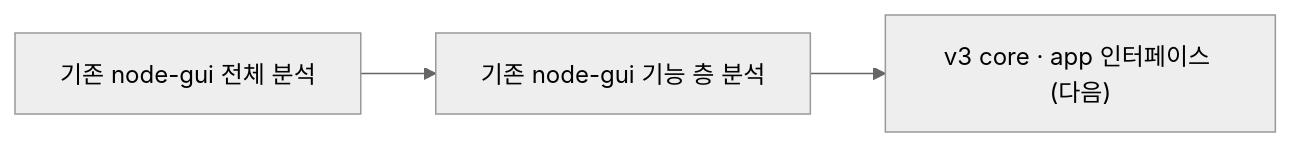
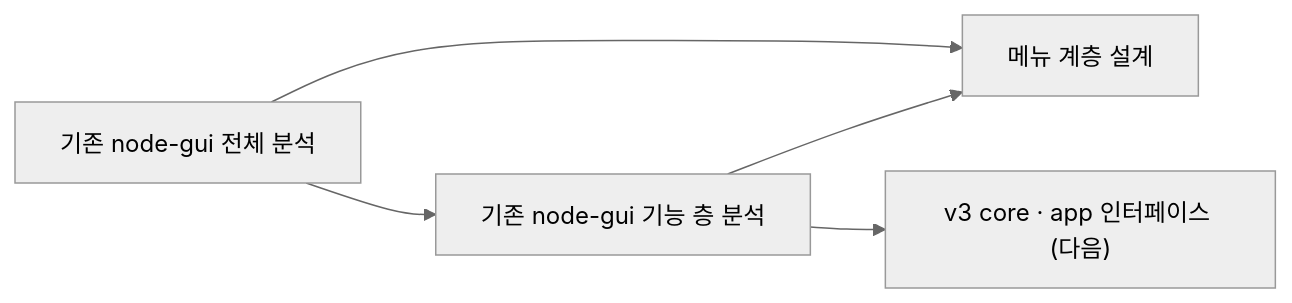
The diagram in common/lab.stellaxia.gui-v3/docs/README.md (StellaxiaLab/modules), drawn with Mermaid (neutral theme) before and after one commit. The commit also changed other lines of this file and 2 other files, not shown here.

````diff
--- a/common/lab.stellaxia.gui-v3/docs/README.md
+++ b/common/lab.stellaxia.gui-v3/docs/README.md
@@ -29,5 +30,7 @@
 ```mermaid
 flowchart LR
   A["기존 node-gui 전체 분석"] --> B["기존 node-gui 기능 층 분석"]
+  A --> D["메뉴 계층 설계"]
+  B --> D
   B --> C["v3 core · app 인터페이스 (다음)"]
 ```
````
